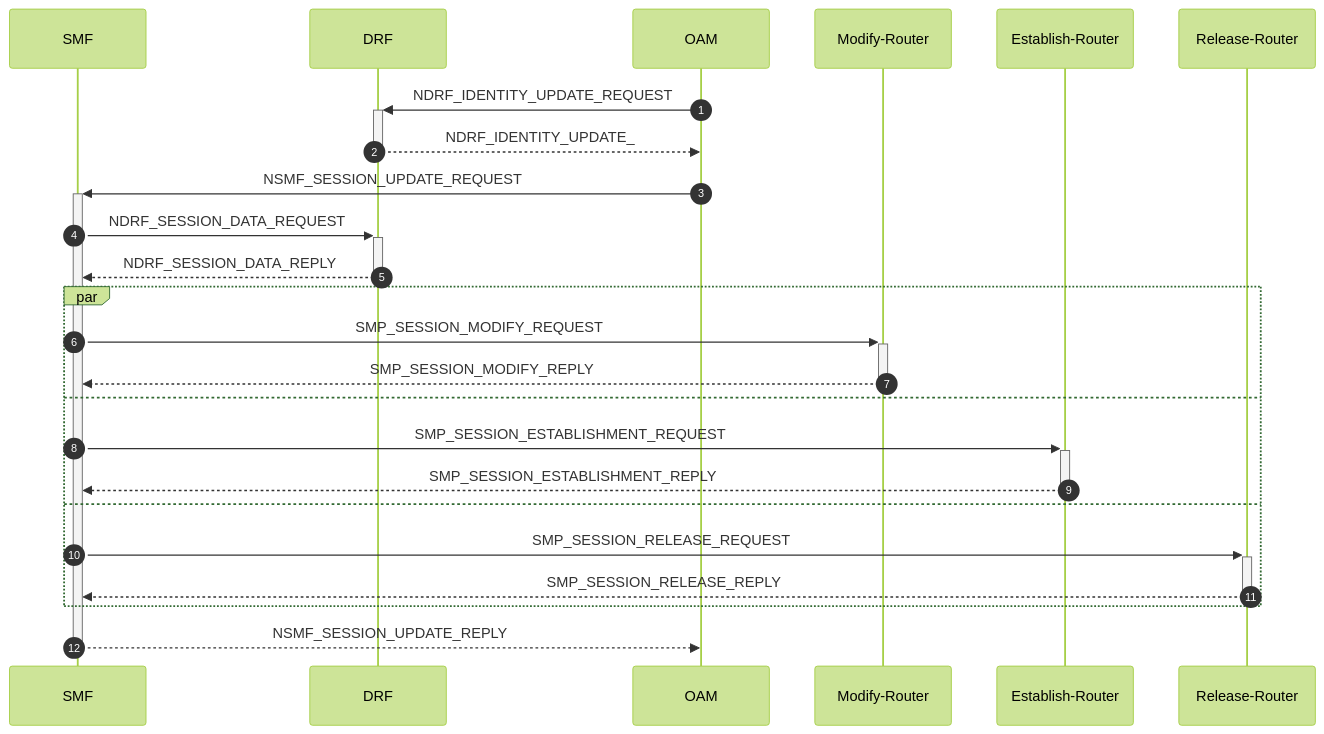
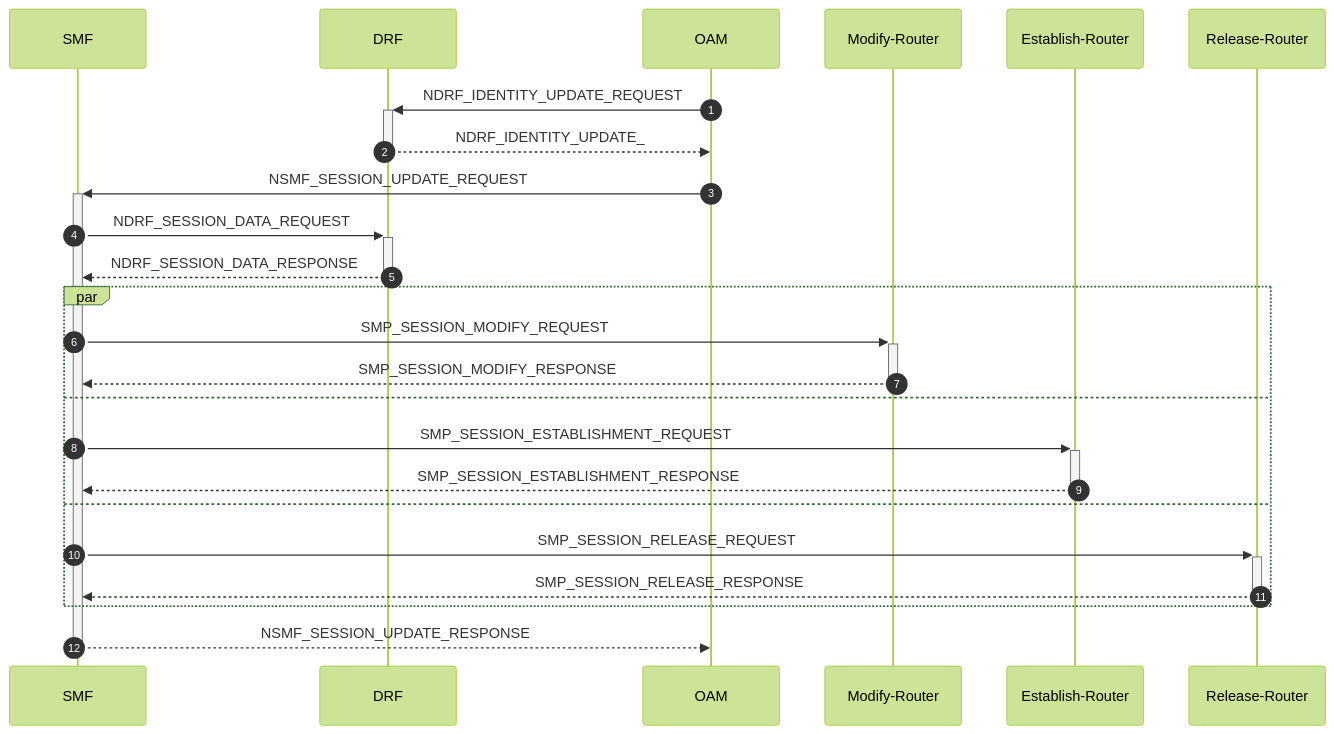
Before and after one commit to veil-link/veilink: diagram 12 of 21 in doc/doc-spec/00-series-general/00.002-procedure.md, drawn with Mermaid (forest theme). The commit also changed other lines of this file, not shown here.

Commit message:
chore: update reply to response

````diff
--- a/doc/doc-spec/00-series-general/00.002-procedure.md
+++ b/doc/doc-spec/00-series-general/00.002-procedure.md
@@ -277,28 +277,28 @@
 ```mermaid
 sequenceDiagram
     autonumber
 
     participant smf as SMF
     participant drf as DRF
     participant oam as OAM
     participant mrt as Modify-Router
     participant ert as Establish-Router
     participant rrt as Release-Router
 
     oam ->>+ drf: NDRF_IDENTITY_UPDATE_REQUEST
     drf -->>- oam: NDRF_IDENTITY_UPDATE_
     oam ->>+ smf: NSMF_SESSION_UPDATE_REQUEST
     smf ->>+ drf: NDRF_SESSION_DATA_REQUEST
-    drf -->>- smf: NDRF_SESSION_DATA_REPLY
+    drf -->>- smf: NDRF_SESSION_DATA_RESPONSE
     par
         smf ->>+ mrt: SMP_SESSION_MODIFY_REQUEST
-        mrt -->>- smf: SMP_SESSION_MODIFY_REPLY
+        mrt -->>- smf: SMP_SESSION_MODIFY_RESPONSE
     and
         smf ->>+ ert: SMP_SESSION_ESTABLISHMENT_REQUEST
-        ert -->>- smf: SMP_SESSION_ESTABLISHMENT_REPLY
+        ert -->>- smf: SMP_SESSION_ESTABLISHMENT_RESPONSE
     and
         smf ->>+ rrt: SMP_SESSION_RELEASE_REQUEST
-        rrt -->>- smf: SMP_SESSION_RELEASE_REPLY
+        rrt -->>- smf: SMP_SESSION_RELEASE_RESPONSE
     end
-    smf -->>- oam: NSMF_SESSION_UPDATE_REPLY
+    smf -->>- oam: NSMF_SESSION_UPDATE_RESPONSE
 ```
````
